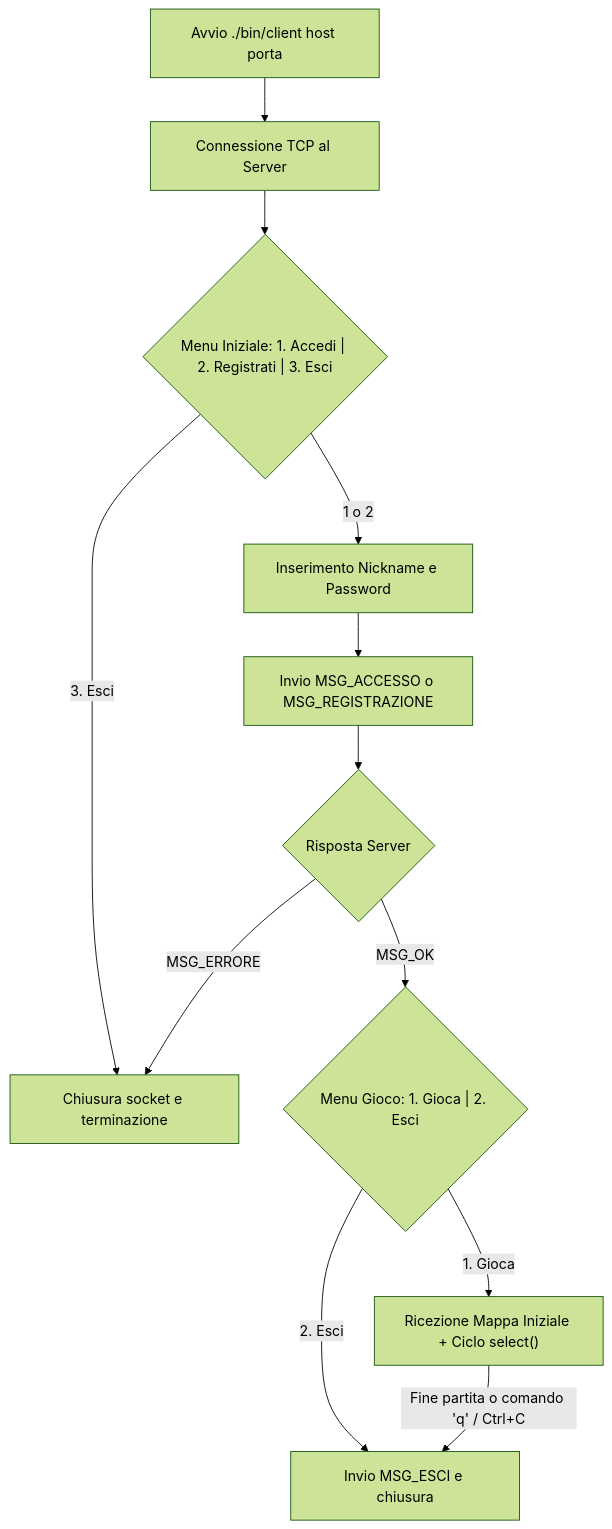
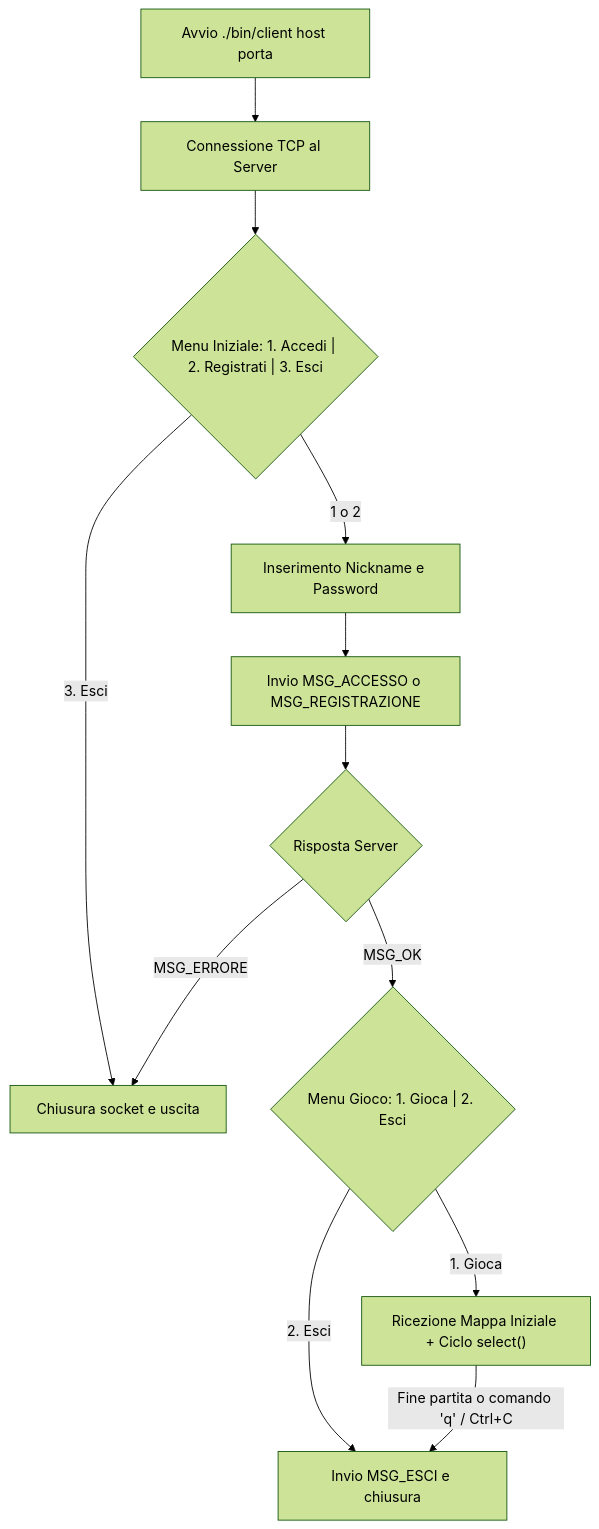
One commit to PaoloTed/LSO changed the second of 6 diagrams in Progetto/labirinto/Relazione.md. Above: the diagram before and after it, drawn with Mermaid (forest theme). The commit also changed other lines of this file and 1 other file, not shown here.

````diff
--- a/Progetto/labirinto/Relazione.md
+++ b/Progetto/labirinto/Relazione.md
@@ -152,14 +134,14 @@
 ```mermaid
 flowchart TD
     A["Avvio ./bin/client host porta"] --> B["Connessione TCP al Server"]
     B --> C{"Menu Iniziale: 1. Accedi | 2. Registrati | 3. Esci"}
-    C -->|"3. Esci"| Z["Chiusura socket e terminazione"]
+    C -->|"3. Esci"| Z["Chiusura socket e uscita"]
     C -->|"1 o 2"| D["Inserimento Nickname e Password"]
     D --> E["Invio MSG_ACCESSO o MSG_REGISTRAZIONE"]
     E --> F{"Risposta Server"}
     F -->|"MSG_ERRORE"| Z
     F -->|"MSG_OK"| G{"Menu Gioco: 1. Gioca | 2. Esci"}
     G -->|"2. Esci"| H["Invio MSG_ESCI e chiusura"]
     G -->|"1. Gioca"| I["Ricezione Mappa Iniziale + Ciclo select()"]
     I -->|"Fine partita o comando 'q' / Ctrl+C"| H
 ```
````
